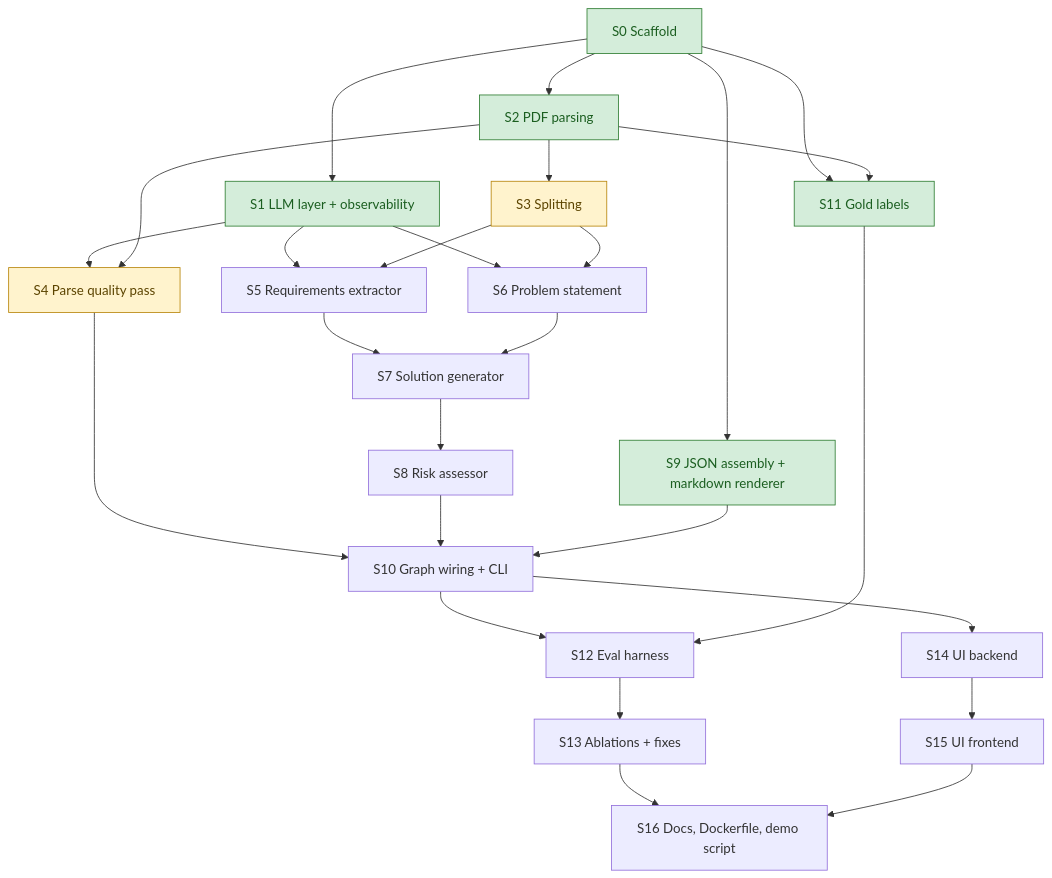
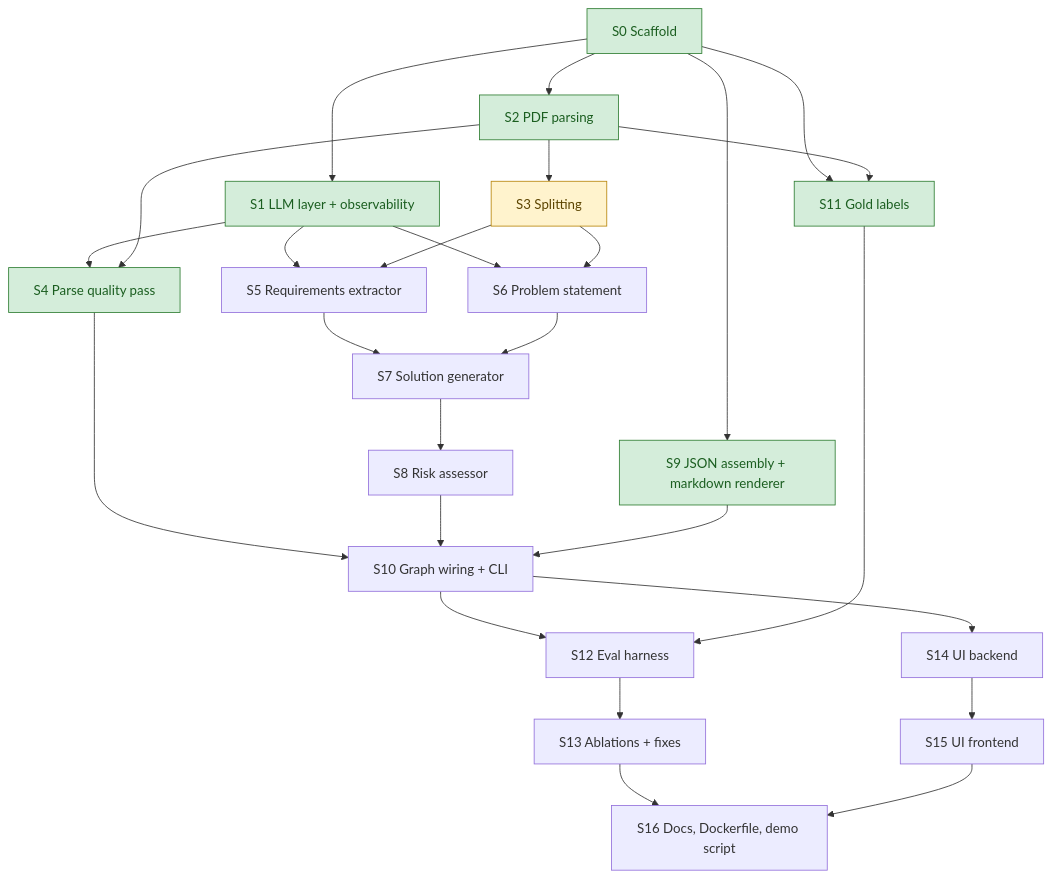
Before and after one commit to lofeodo/rfp-solution-summary-generator: the second of 2 diagrams in docs/ROADMAP.md, drawn with Mermaid. The commit also changed other lines of this file and 5 other files, not shown here.

Commit message:
S4: roadmap done, decision D24, prompt notes, assumptions, time log, README

````diff
--- a/docs/ROADMAP.md
+++ b/docs/ROADMAP.md
@@ -82,33 +82,33 @@
 ```mermaid
 flowchart TD
     S0[S0 Scaffold] --> S1[S1 LLM layer + observability]
     S0 --> S2[S2 PDF parsing]
     S0 --> S9[S9 JSON assembly + markdown renderer]
     S0 --> S11[S11 Gold labels]
     S2 --> S3[S3 Splitting]
     S1 --> S4[S4 Parse quality pass]
     S2 --> S4
     S1 --> S5[S5 Requirements extractor]
     S3 --> S5
     S1 --> S6[S6 Problem statement]
     S3 --> S6
     S5 --> S7[S7 Solution generator]
     S6 --> S7
     S7 --> S8[S8 Risk assessor]
     S4 --> S10[S10 Graph wiring + CLI]
     S8 --> S10
     S9 --> S10
     S2 --> S11
     S10 --> S12[S12 Eval harness]
     S11 --> S12
     S12 --> S13[S13 Ablations + fixes]
     S10 --> S14[S14 UI backend]
     S14 --> S15[S15 UI frontend]
     S13 --> S16[S16 Docs, Dockerfile, demo script]
     S15 --> S16
 
     classDef done fill:#d4edda,stroke:#2e7d32,color:#1b5e20
     classDef ready fill:#fff3cd,stroke:#b8860b,color:#5c4400
-    class S0,S1,S2,S9,S11 done
-    class S3,S4 ready
+    class S0,S1,S2,S4,S9,S11 done
+    class S3 ready
 ```
````
